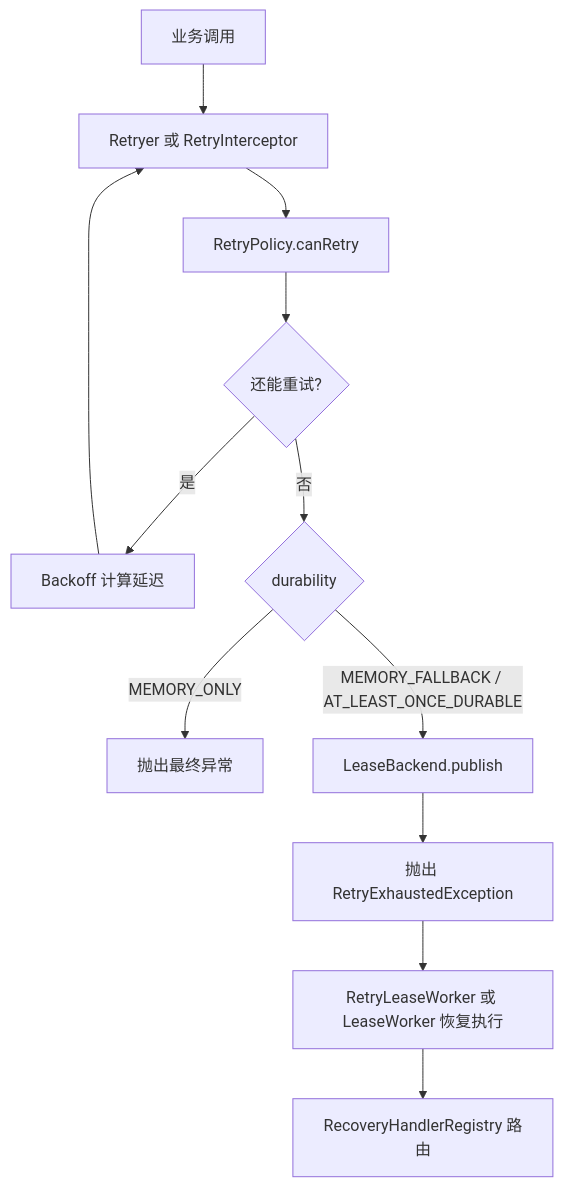
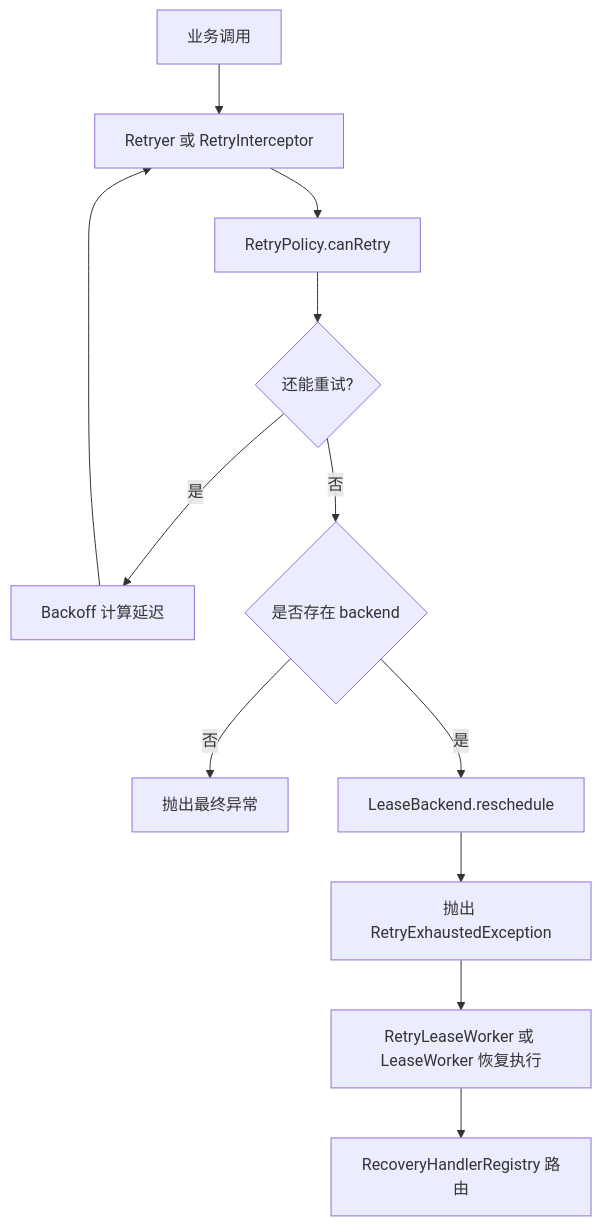
Before and after one commit to team4u/team4u-framework: the diagram in team4u-retry/README.md, drawn with Mermaid. The commit also changed other lines of this file and 30 other files, not shown here.

````diff
--- a/team4u-retry/README.md
+++ b/team4u-retry/README.md
@@ -986,14 +981,14 @@
 ```mermaid
 graph TD
     A[业务调用] --> B[Retryer 或 RetryInterceptor]
     B --> C[RetryPolicy.canRetry]
     C --> D{还能重试?}
     D -->|是| E[Backoff 计算延迟]
     E --> B
-    D -->|否| F{durability}
-    F -->|MEMORY_ONLY| G[抛出最终异常]
-    F -->|MEMORY_FALLBACK / AT_LEAST_ONCE_DURABLE| H[LeaseBackend.publish]
+    D -->|否| F{是否存在 backend}
+    F -->|否| G[抛出最终异常]
+    F -->|是| H[LeaseBackend.reschedule]
     H --> I[抛出 RetryExhaustedException]
     I --> J[RetryLeaseWorker 或 LeaseWorker 恢复执行]
     J --> K[RecoveryHandlerRegistry 路由]
 ```
````
